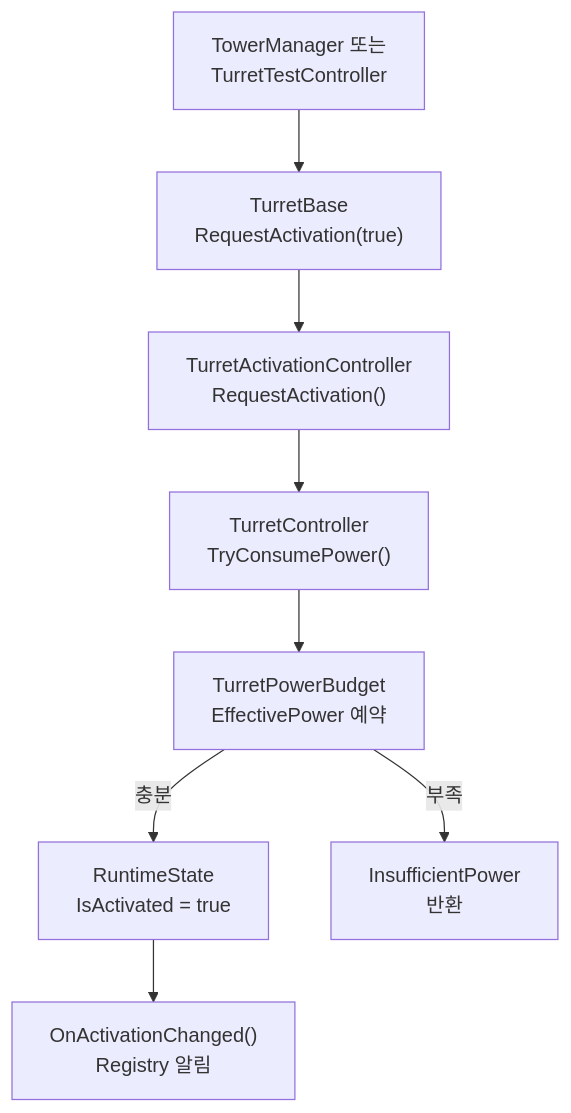
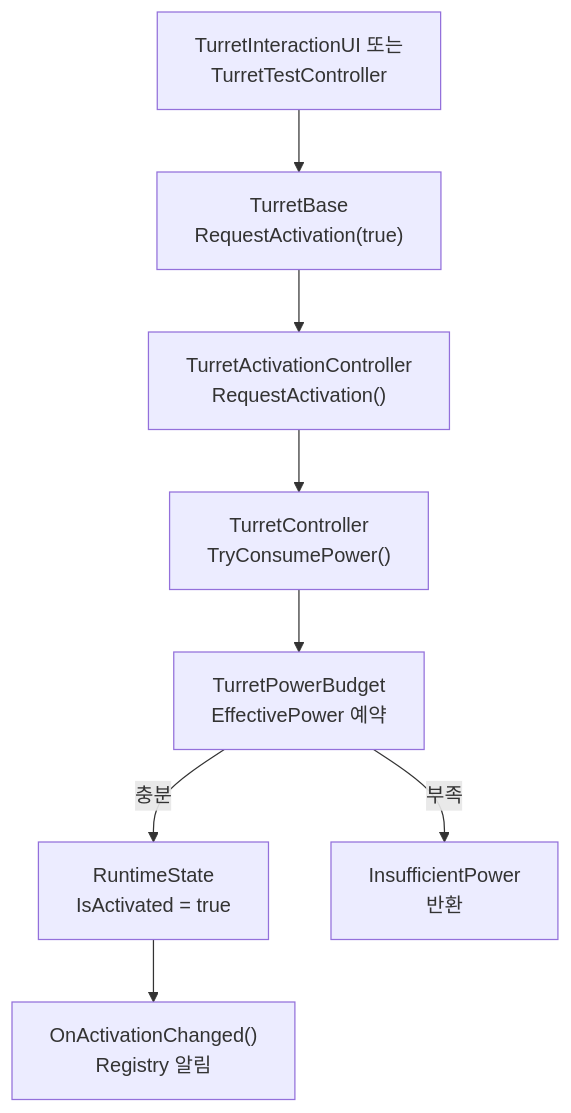
The fifth of 15 diagrams in Docs/architecture/turret-system-guide.md (Team-HJD-21/unity-6-the-developer), drawn with Mermaid before and after one commit. The commit also changed other lines of this file and 75 other files, not shown here.

````diff
--- a/Docs/architecture/turret-system-guide.md
+++ b/Docs/architecture/turret-system-guide.md
@@ -308,10 +319,10 @@
 ```mermaid
 flowchart TD
-    Request["TowerManager 또는<br>TurretTestController"] --> Base["TurretBase<br>RequestActivation(true)"]
+    Request["TurretInteractionUI 또는<br>TurretTestController"] --> Base["TurretBase<br>RequestActivation(true)"]
     Base --> Controller["TurretActivationController<br>RequestActivation()"]
     Controller --> Source["TurretController<br>TryConsumePower()"]
     Source --> Consume["TurretPowerBudget<br>EffectivePower 예약"]
     Consume -->|충분| On["RuntimeState<br>IsActivated = true"]
     Consume -->|부족| Reject["InsufficientPower<br>반환"]
     On --> Notify["OnActivationChanged()<br>Registry 알림"]
 ```
````
